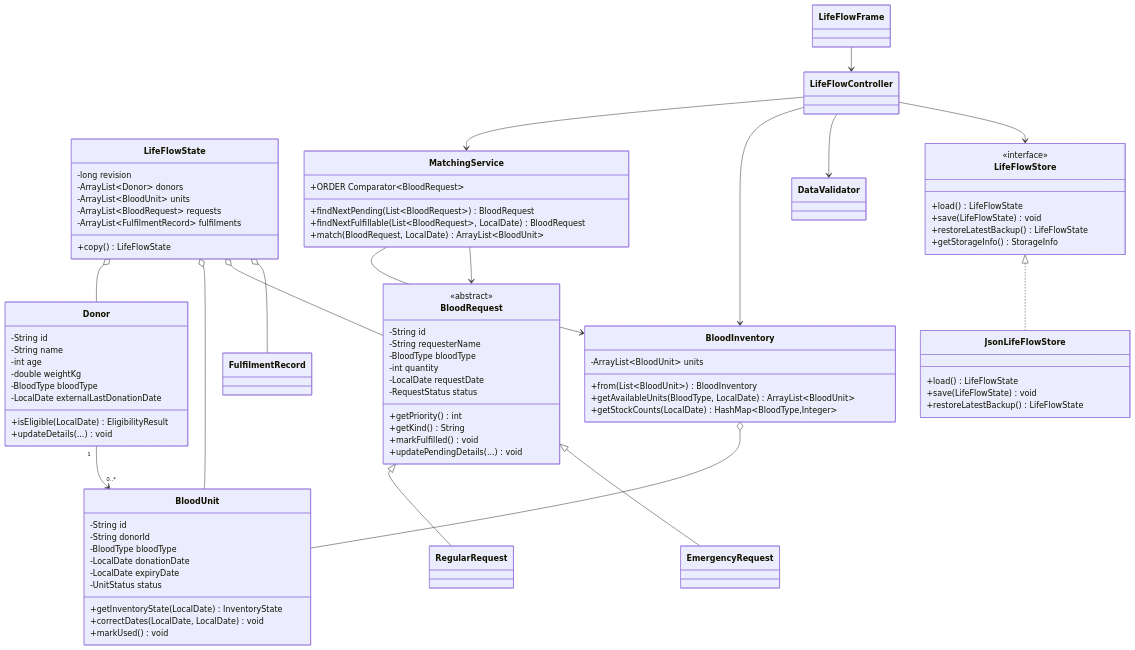
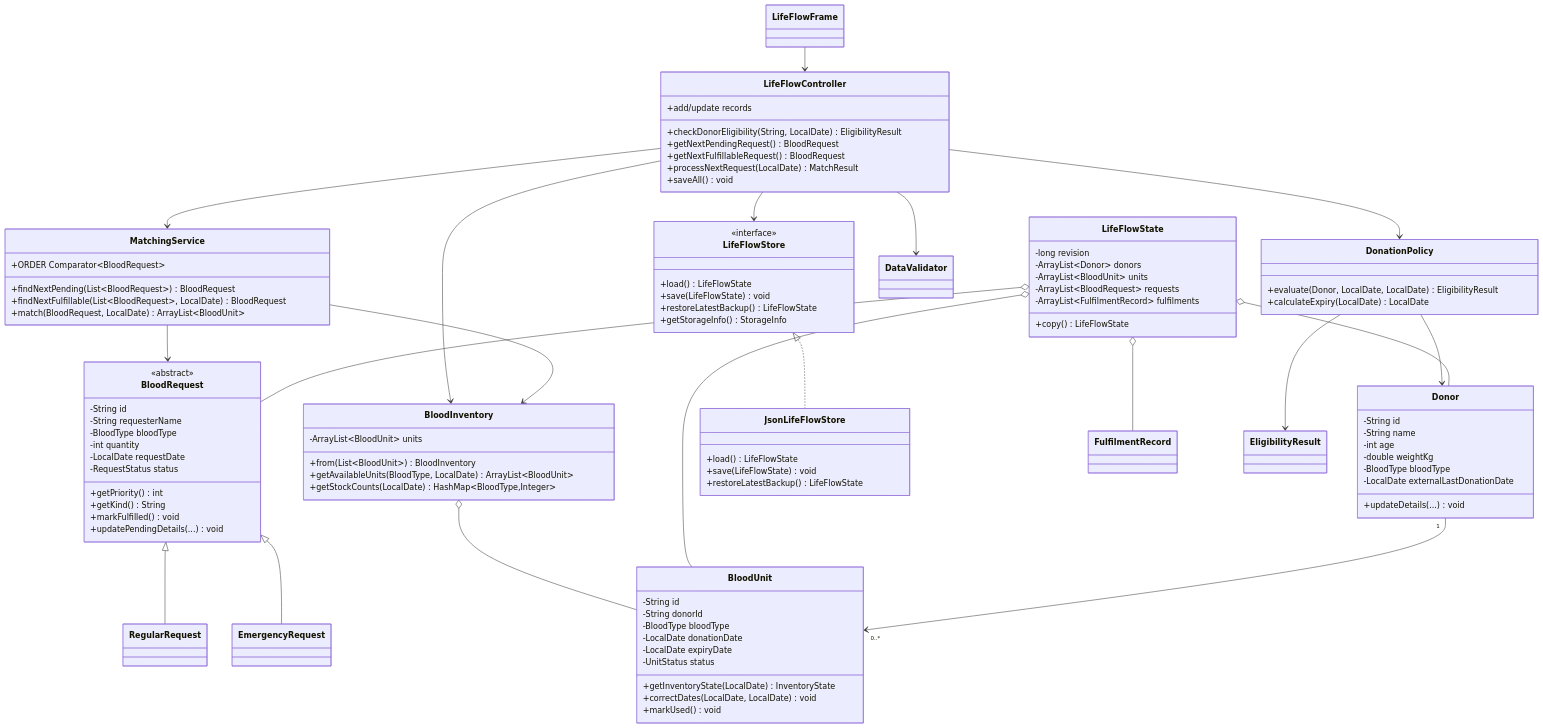
The diagram in docs/architecture.md (moha-r/LifeFlow), drawn with Mermaid before and after one commit. The commit also changed 1 other file, not shown here.

Commit message:
docs: move eligibility methods to their real owners
DonationPolicy.evaluate and LifeFlowController.checkDonorEligibility are
the actual rule entry points; Donor has no isEligible method. Update the
UML diagram and architecture.md accordingly.

````diff
--- a/docs/architecture.md
+++ b/docs/architecture.md
@@ -24,8 +24,11 @@
         -double weightKg
         -BloodType bloodType
         -LocalDate externalLastDonationDate
-        +isEligible(LocalDate) EligibilityResult
         +updateDetails(...) void
+    }
+    class DonationPolicy {
+        +evaluate(Donor, LocalDate, LocalDate) EligibilityResult
+        +calculateExpiry(LocalDate) LocalDate
     }
     class BloodUnit {
         -String id
@@ -86,7 +89,14 @@
         +save(LifeFlowState) void
         +restoreLatestBackup() LifeFlowState
     }
-    class LifeFlowController
+    class LifeFlowController {
+        +checkDonorEligibility(String, LocalDate) EligibilityResult
+        +add/update records
+        +getNextPendingRequest() BloodRequest
+        +getNextFulfillableRequest() BloodRequest
+        +processNextRequest(LocalDate) MatchResult
+        +saveAll() void
+    }
     class LifeFlowFrame
 
     BloodRequest <|-- RegularRequest
@@ -100,9 +110,12 @@
     MatchingService --> BloodInventory
     MatchingService --> BloodRequest
     LifeFlowStore <|.. JsonLifeFlowStore
+    DonationPolicy --> Donor
+    DonationPolicy --> EligibilityResult
     LifeFlowController --> MatchingService
     LifeFlowController --> BloodInventory
     LifeFlowController --> DataValidator
+    LifeFlowController --> DonationPolicy
     LifeFlowController --> LifeFlowStore
     LifeFlowFrame --> LifeFlowController
 ```
````
